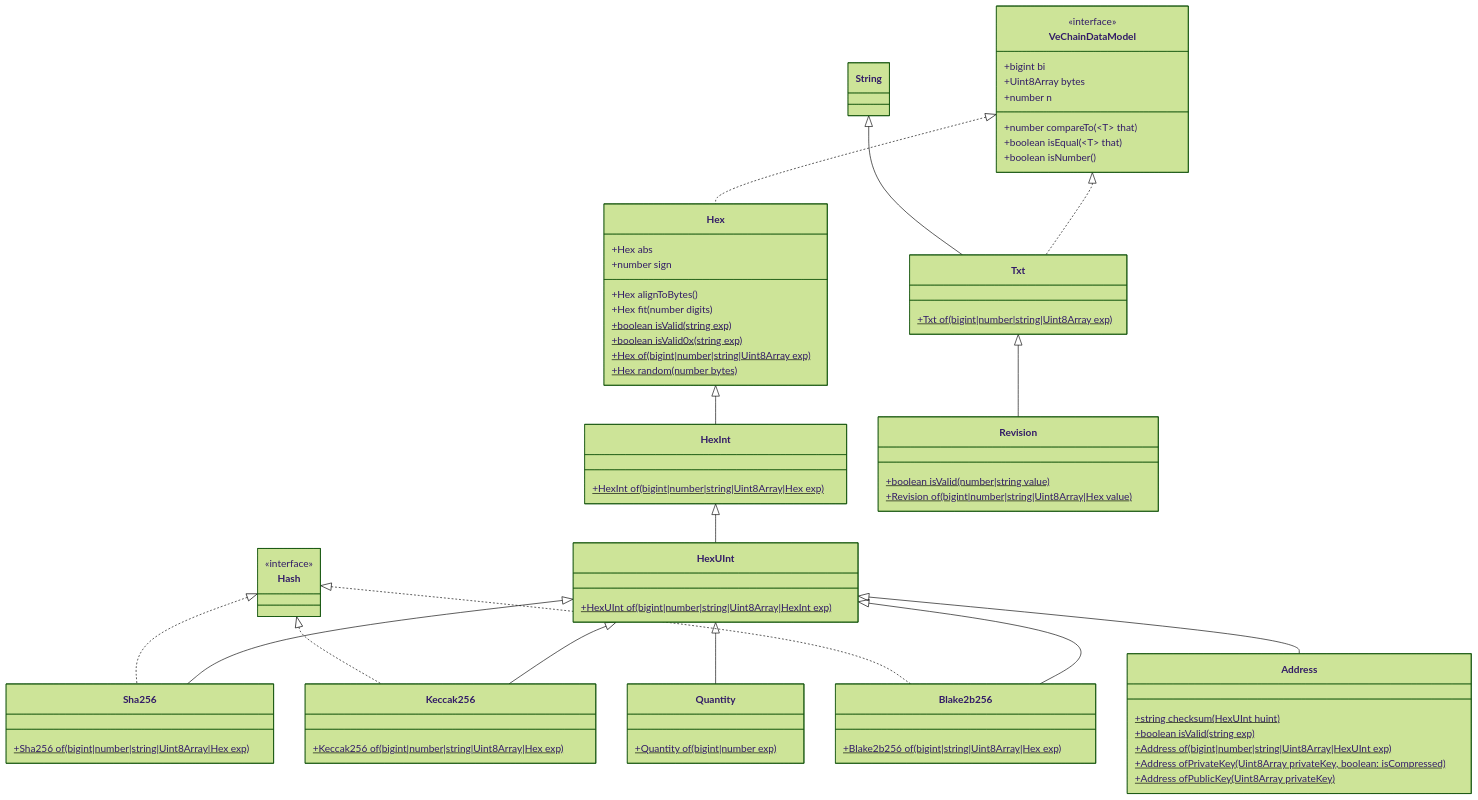
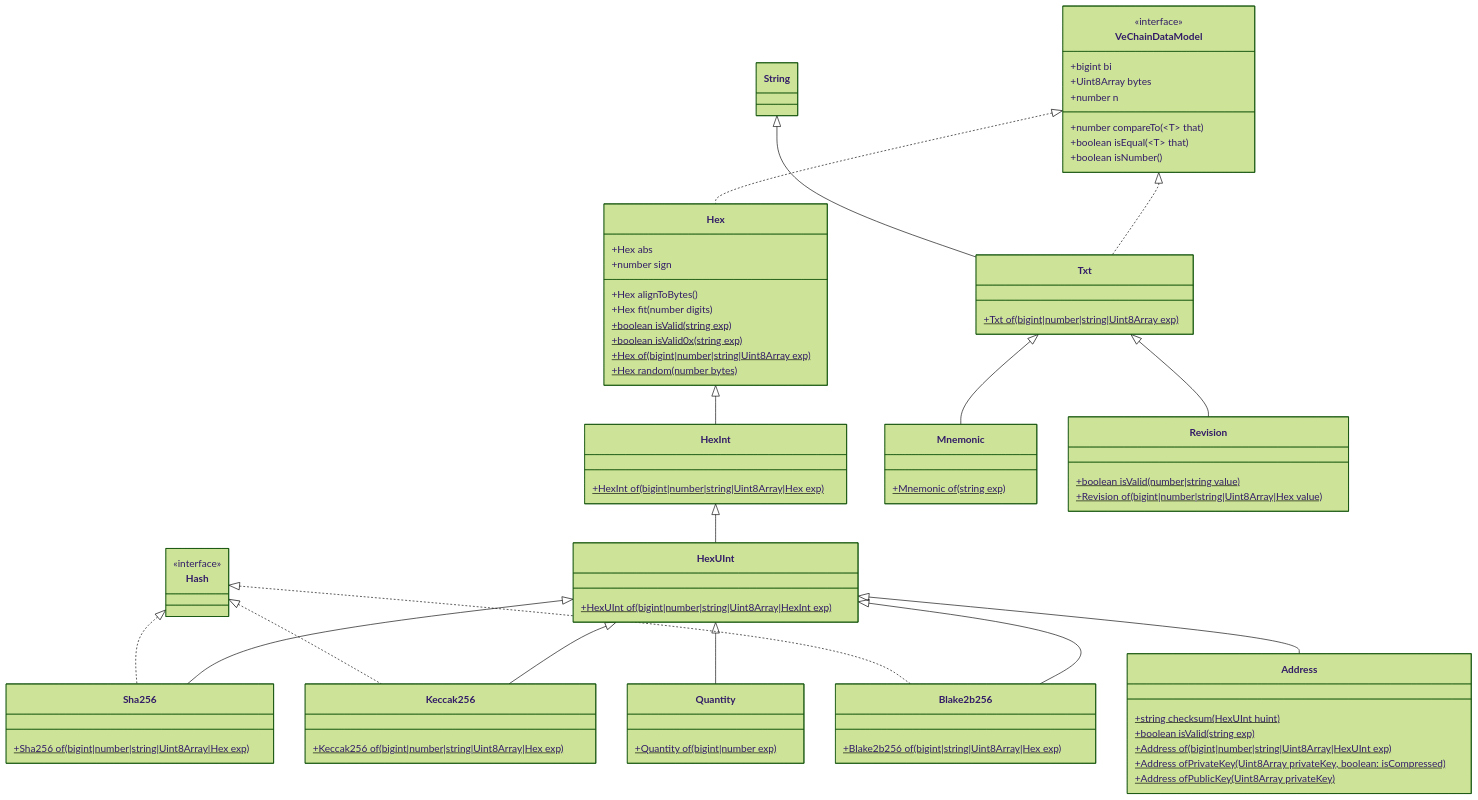
The diagram in docs/diagrams/architecture/vcdm.md (vechain/vechain-sdk-js), drawn with Mermaid (forest theme) before and after one commit. The commit also changed 17 other files, not shown here.

````diff
--- a/docs/diagrams/architecture/vcdm.md
+++ b/docs/diagrams/architecture/vcdm.md
@@ -1,72 +1,76 @@
 ```mermaid
 classDiagram
     class Address {
         +string checksum(HexUInt huint)$
         +boolean isValid(string exp)$
         +Address of(bigint|number|string|Uint8Array|HexUInt exp)$
         +Address ofPrivateKey(Uint8Array privateKey, boolean: isCompressed)$
         +Address ofPublicKey(Uint8Array privateKey)$
     }
     class Blake2b256 {
         +Blake2b256 of(bigint|string|Uint8Array|Hex exp)$
     }
     class Hash {
         <<interface>>
     }
     class Hex {
         +Hex abs
         +number sign
         +Hex alignToBytes()
         +Hex fit(number digits)
         +boolean isValid(string exp)$
         +boolean isValid0x(string exp)$
         +Hex of(bigint|number|string|Uint8Array exp)$
         +Hex random(number bytes)$
     }
     class HexInt {
         +HexInt of(bigint|number|string|Uint8Array|Hex exp)$
     }
     class HexUInt {
         +HexUInt of(bigint|number|string|Uint8Array|HexInt exp)$
     }
     class Keccak256 {
         +Keccak256 of(bigint|number|string|Uint8Array|Hex exp)$
+    }
+    class Mnemonic {
+        +Mnemonic of(string exp)$
     }
     class Quantity {
         +Quantity of(bigint|number exp)$
     }
     class Revision {
         +boolean isValid(number|string value)$
         +Revision of(bigint|number|string|Uint8Array|Hex value)$
     }
     class Sha256 {
         +Sha256 of(bigint|number|string|Uint8Array|Hex exp)$
     }
     class String
     class Txt {
         +Txt of(bigint|number|string|Uint8Array exp)$
     }
     class VeChainDataModel{
         <<interface>>
       +bigint bi
       +Uint8Array bytes
       +number n
       +number compareTo(~T~ that)
       +boolean isEqual(~T~ that)
       +boolean isNumber()
     }
     Hash <|.. Blake2b256
     Hash <|.. Keccak256
     Hash <|.. Sha256
     Hex <|-- HexInt
     HexInt <|-- HexUInt
     HexUInt <|-- Address
     HexUInt <|-- Blake2b256
     HexUInt <|-- Keccak256
     HexUInt <|-- Quantity
     HexUInt <|-- Sha256
     String <|-- Txt
     Txt <|-- Revision
+    Txt <|-- Mnemonic
     VeChainDataModel <|.. Hex
     VeChainDataModel <|.. Txt
 ```
````
